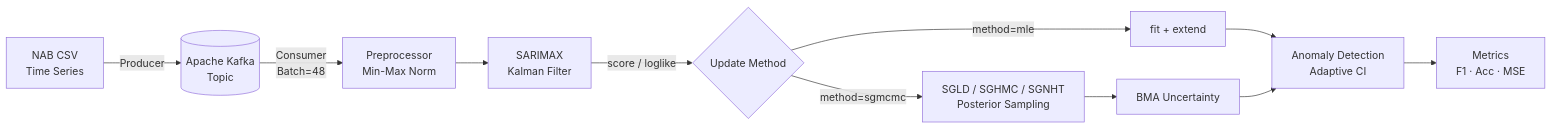
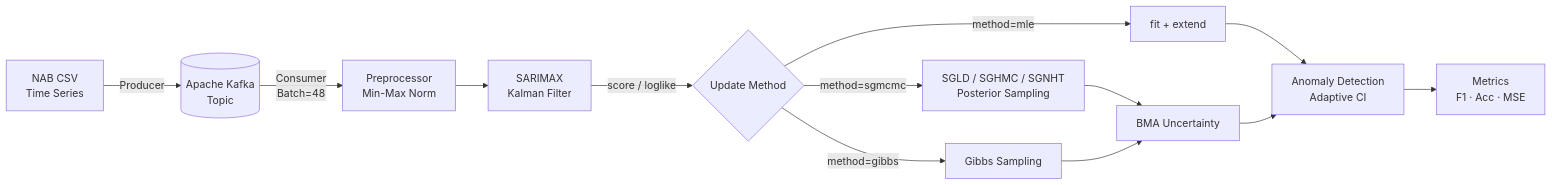
One commit to hjiyun/SGMCMC-KF changed the diagram in README.md. Above: the diagram before and after it, drawn with Mermaid. The commit also changed other lines of this file and 3 other files, not shown here.

````diff
--- a/README.md
+++ b/README.md
@@ -30,13 +30,15 @@
 ```mermaid
 flowchart LR
     A[NAB CSV<br/>Time Series] -->|Producer| B[(Apache Kafka<br/>Topic)]
     B -->|Consumer<br/>Batch=48| C[Preprocessor<br/>Min-Max Norm]
     C --> D[SARIMAX<br/>Kalman Filter]
     D -->|score / loglike| E{Update Method}
     E -->|method=mle| F[fit + extend]
     E -->|method=sgmcmc| G[SGLD / SGHMC / SGNHT<br/>Posterior Sampling]
-    G --> H[BMA Uncertainty]
-    F --> I[Anomaly Detection<br/>Adaptive CI]
+    E -->|method=gibbs| H[Gibbs Sampling]
+    G --> I[BMA Uncertainty]
     H --> I
-    I --> J[Metrics<br/>F1 · Acc · MSE]
+    F --> J[Anomaly Detection<br/>Adaptive CI]
+    I --> J
+    J --> K[Metrics<br/>F1 · Acc · MSE]
 ```
````
